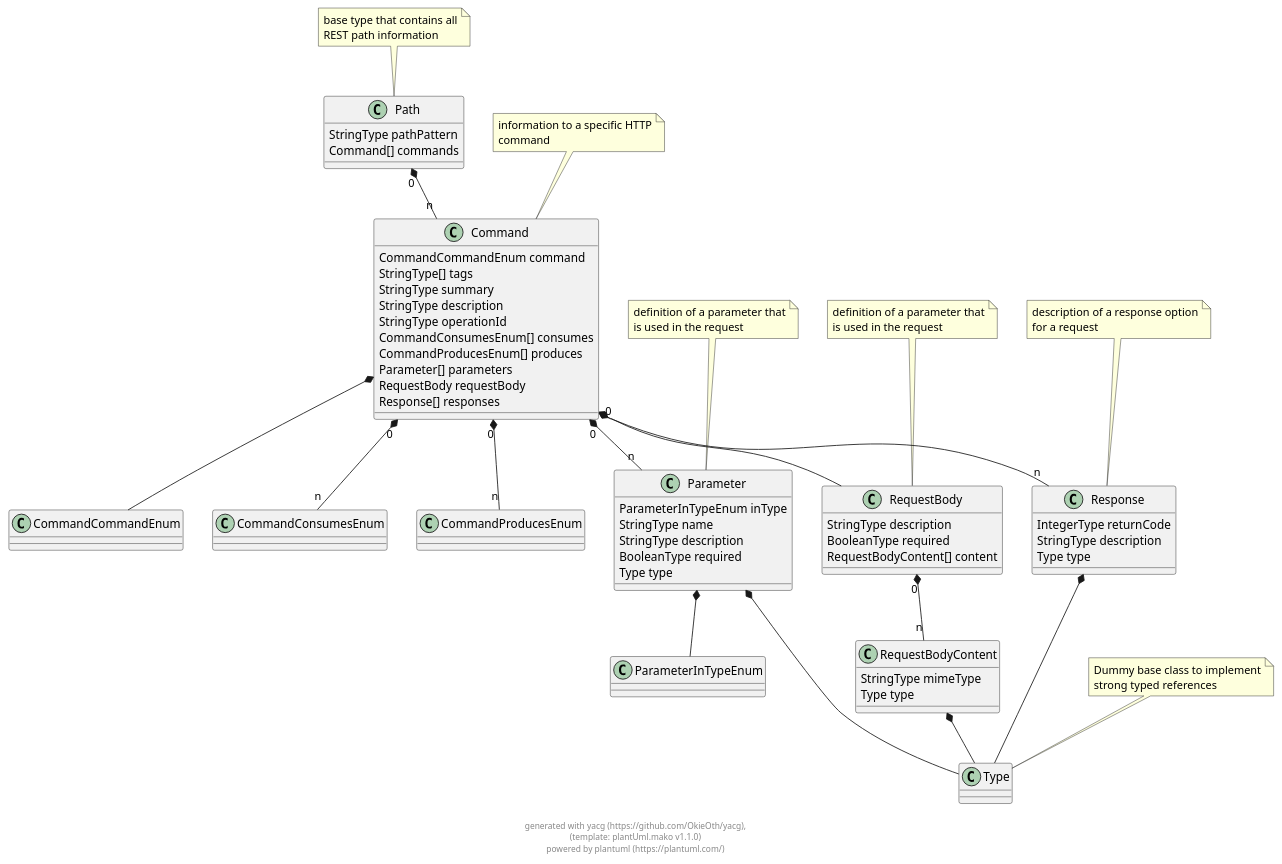
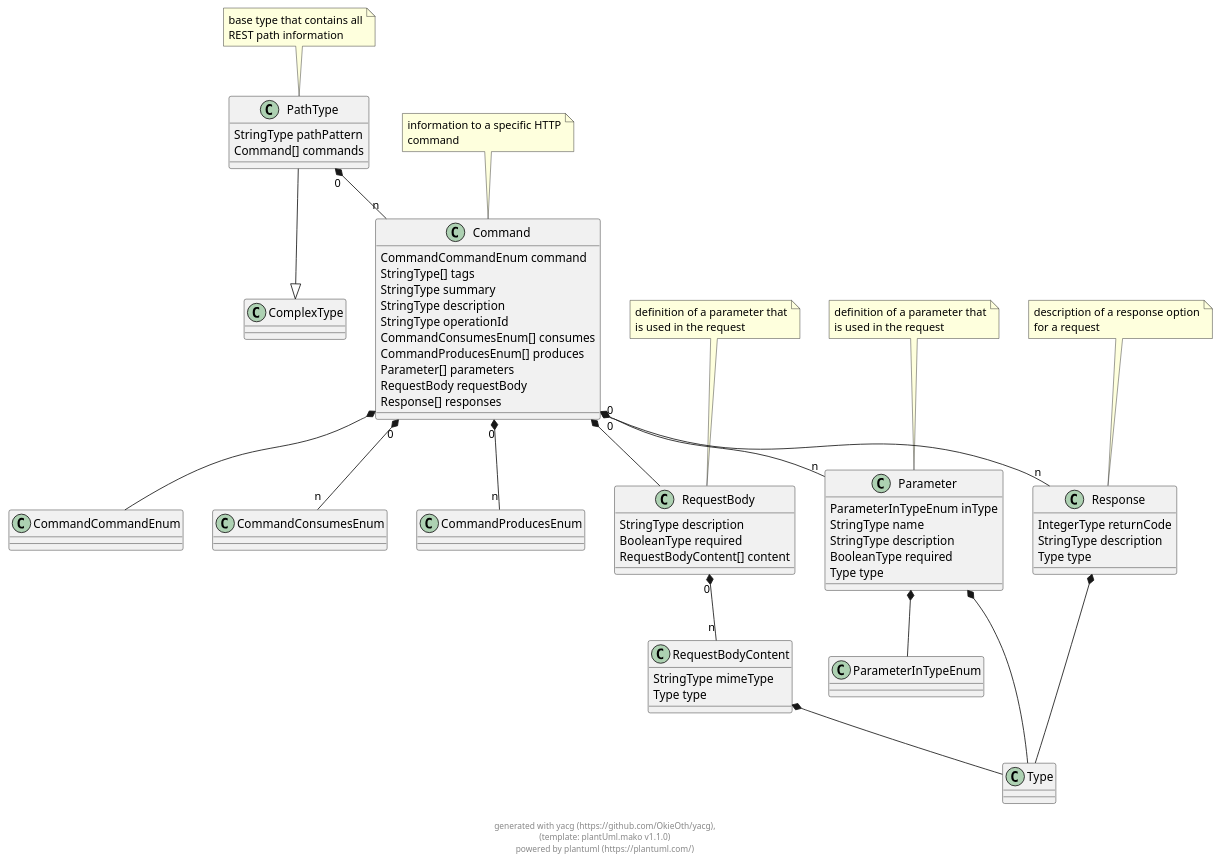
One commit to OkieOth/yacg changed the diagram in docs/puml/yacg_openapi.puml. Above: the diagram before and after it, drawn with PlantUML. The commit also changed 3 other files, not shown here.

```diff
--- a/docs/puml/yacg_openapi.puml
+++ b/docs/puml/yacg_openapi.puml
@@ -2,116 +2,111 @@
 @startuml
 
-class Path {
+class PathType {
     StringType pathPattern 
     Command[] commands 
 }
  
 note top: base type that contains all\nREST path information
 
+PathType --|> ComplexType
 class Command {
     CommandCommandEnum command 
     StringType[] tags 
     StringType summary 
     StringType description 
     StringType operationId 
     CommandConsumesEnum[] consumes 
     CommandProducesEnum[] produces 
     Parameter[] parameters 
     RequestBody requestBody 
     Response[] responses 
 }
  
 note top: information to a specific HTTP\ncommand
 
 class CommandCommandEnum {
 }
  
 
 class CommandConsumesEnum {
 }
  
 
 class CommandProducesEnum {
 }
  
 
 class Parameter {
     ParameterInTypeEnum inType 
     StringType name 
     StringType description 
     BooleanType required 
     Type type 
 }
  
 note top: definition of a parameter that\nis used in the request
 
 class RequestBody {
     StringType description 
     BooleanType required 
     RequestBodyContent[] content 
 }
  
 note top: definition of a parameter that\nis used in the request
 
 class Response {
     IntegerType returnCode 
     StringType description 
     Type type 
 }
  
 note top: description of a response option\nfor a request
 
 class RequestBodyContent {
     StringType mimeType 
     Type type 
 }
  
 
-class Type {
-}
- 
-note top: Dummy base class to implement\nstrong typed references
-
 class ParameterInTypeEnum {
 }
  
 
 
     
-Path "0" *-- "n" Command        
+PathType "0" *-- "n" Command        
             
     
 Command  *--  CommandCommandEnum        
             
 Command "0" *-- "n" CommandConsumesEnum        
             
 Command "0" *-- "n" CommandProducesEnum        
             
 Command "0" *-- "n" Parameter        
             
 Command  *--  RequestBody        
             
 Command "0" *-- "n" Response        
             
     
     
     
     
 Parameter  *--  ParameterInTypeEnum        
             
 Parameter  *--  Type        
             
     
 RequestBody "0" *-- "n" RequestBodyContent        
             
     
 Response  *--  Type        
             
     
 RequestBodyContent  *--  Type        
             
     
-    
 
 footer \ngenerated with yacg (https://github.com/OkieOth/yacg),\n(template: plantUml.mako v1.1.0)\npowered by plantuml (https://plantuml.com/)
 @enduml
```
